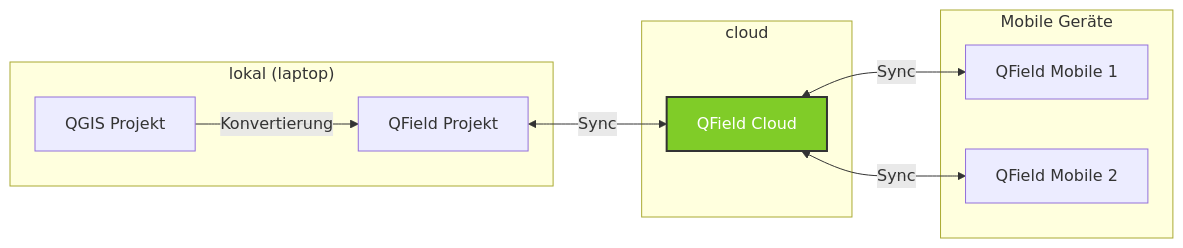
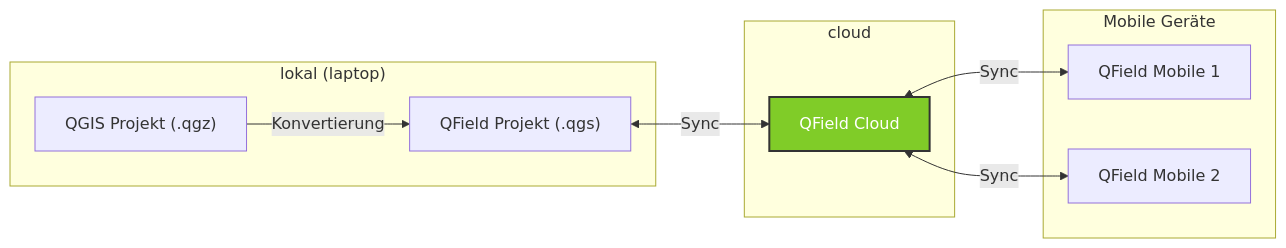
The diagram in synchronisierung.qmd (QField-ZHAW/QField-ZHAW.github.io), drawn with Mermaid before and after one commit. The commit also changed other lines of this file and 7 other files, not shown here.

````diff
--- a/synchronisierung.qmd
+++ b/synchronisierung.qmd
@@ -12,21 +11,21 @@
 ```{mermaid}
 %%| label: fig-flow
 %%| fig-cap: "Grundsätzlicher Workflow und das Zusammenspiel von Laptop, Cloud und Mobile"
 flowchart LR
  subgraph lokal["lokal (laptop)"]
-        B["QField Projekt"]
-        A["QGIS Projekt"]
+        A["QGIS Projekt (.qgz)"]
+        B["QField Projekt (.qgs)"]
   end
  subgraph mobile["Mobile Geräte"]
         D["QField Mobile 1"]
         E["QField Mobile 2"]
   end
  subgraph cloud["cloud"]
         C["QField Cloud"]
   end
     A -- Konvertierung --> B
     B <-- Sync --> C
     C <-- Sync --> D
     C <-- Sync --> E
     style C fill:#80cc28,stroke:#333,stroke-width:2px,color:#fff
 ```
````
